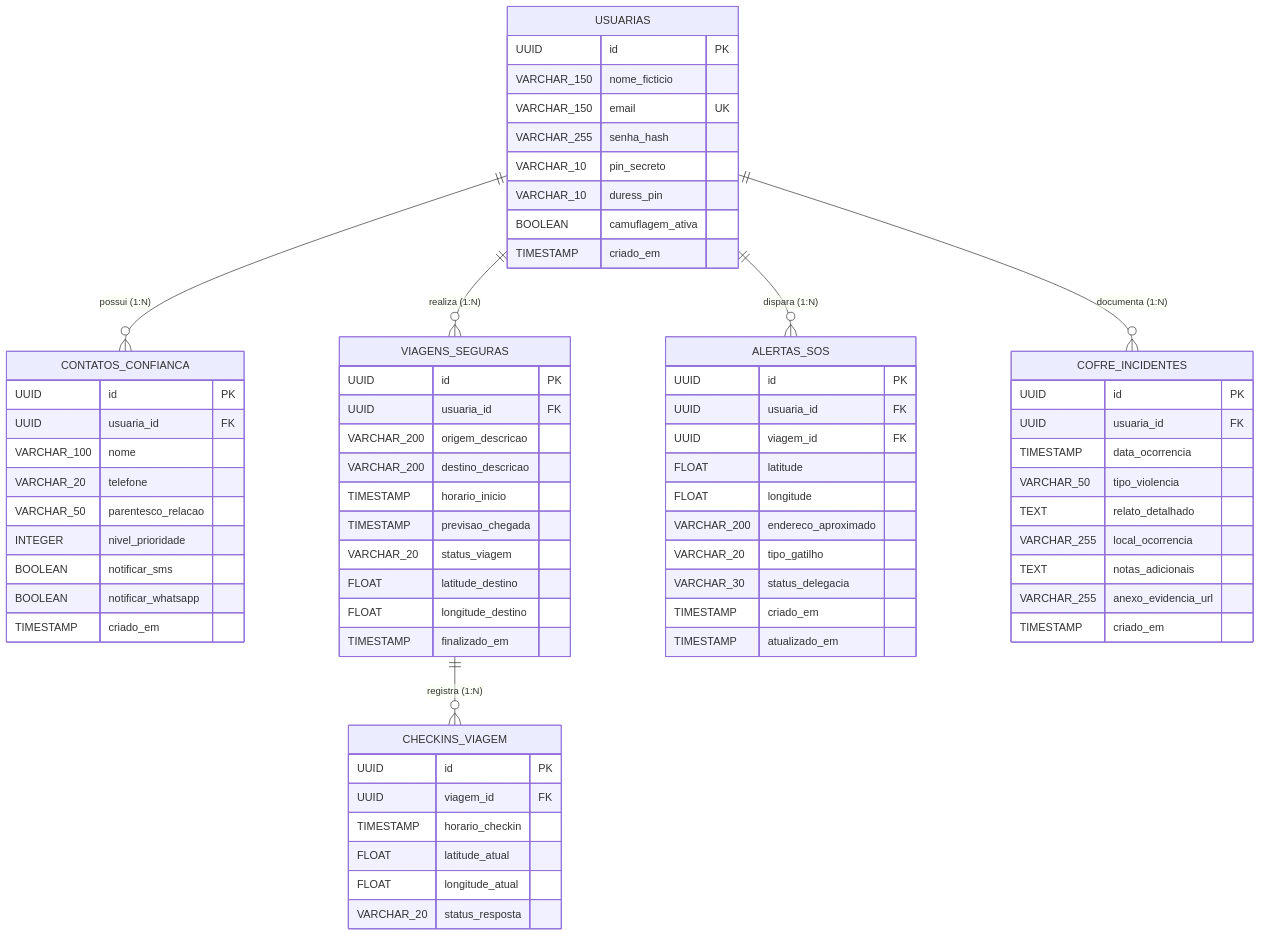
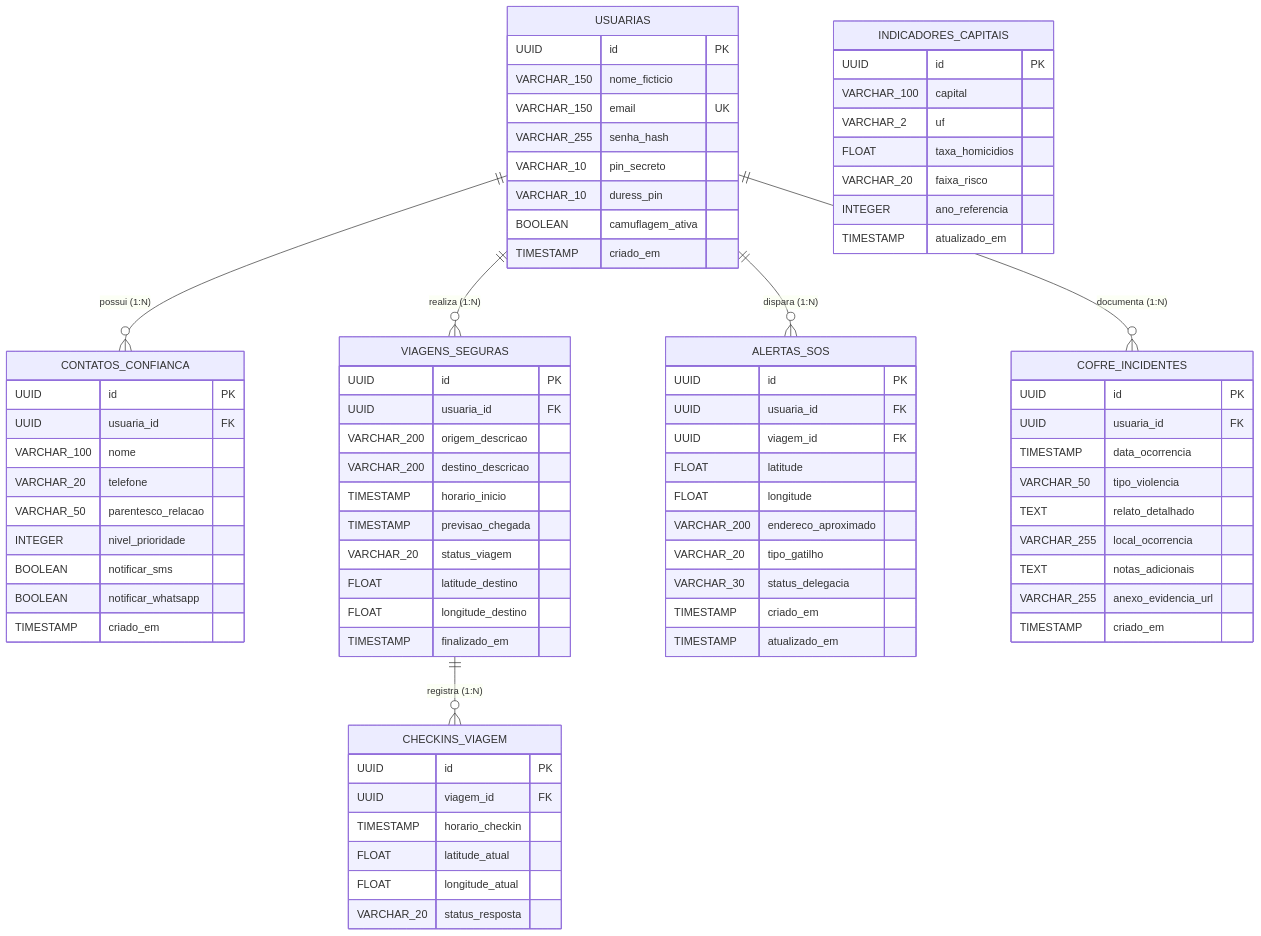
The diagram in docs/modelagem-der.md (Trindadefelipe/PratoApp), drawn with Mermaid before and after one commit. The commit also changed other lines of this file and 4 other files, not shown here.

````diff
--- a/docs/modelagem-der.md
+++ b/docs/modelagem-der.md
@@ -84,4 +84,14 @@
         VARCHAR_255 anexo_evidencia_url
         TIMESTAMP criado_em
     }
+
+    INDICADORES_CAPITAIS {
+        UUID id PK
+        VARCHAR_100 capital
+        VARCHAR_2 uf
+        FLOAT taxa_homicidios
+        VARCHAR_20 faixa_risco
+        INTEGER ano_referencia
+        TIMESTAMP atualizado_em
+    }
 ```
````
